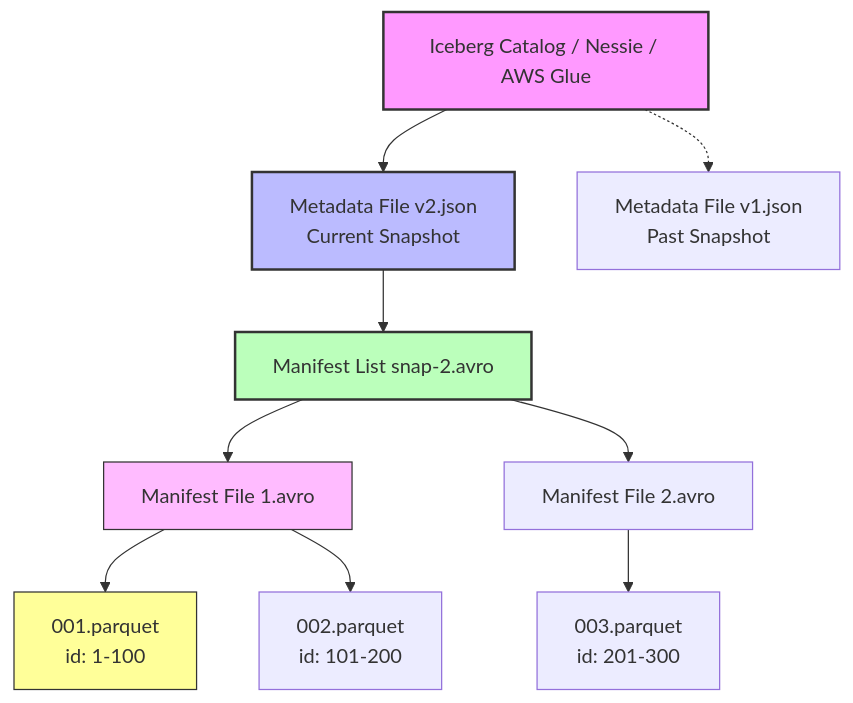
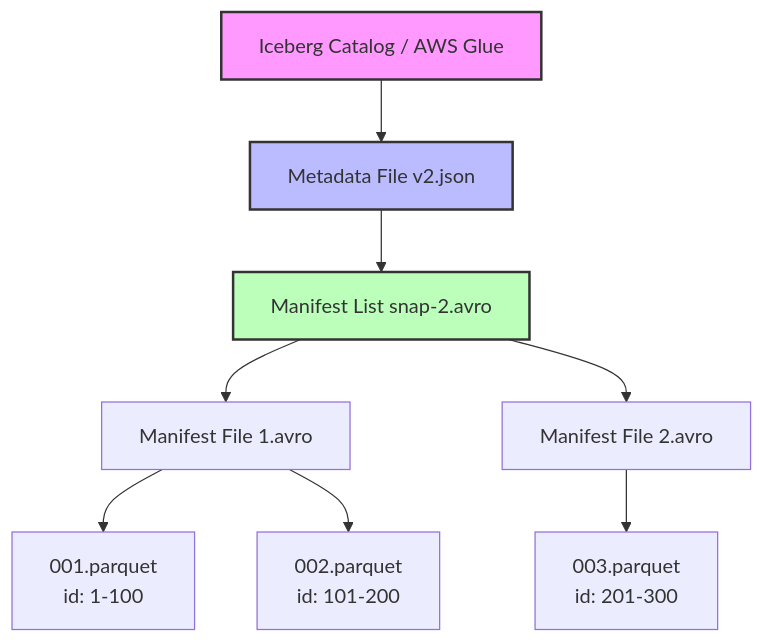
The first of 2 diagrams in src/content/docs/concepts/3-storage-engines-formats/lakehouse.md (kythuatdulieu/kythuatdulieu.github.io), drawn with Mermaid before and after one commit. The commit also changed other lines of this file and 228 other files, not shown here.

Commit message:
Fix syntax and rewrite 200+ concepts docs to deep-dive system architecture and add GA4 tracking to quiz app

````diff
--- a/src/content/docs/concepts/3-storage-engines-formats/lakehouse.md
+++ b/src/content/docs/concepts/3-storage-engines-formats/lakehouse.md
@@ -30,20 +29,17 @@
 ```mermaid
 graph TD
-    Catalog["Iceberg Catalog / Nessie / AWS Glue"] --> Meta2["Metadata File v2.json <br/> Current Snapshot"]
-    Catalog -.-> Meta1["Metadata File v1.json <br/> Past Snapshot"]
+    Catalog["Iceberg Catalog / AWS Glue"] --> Meta2["Metadata File v2.json"]
     
     Meta2 --> ML1["Manifest List snap-2.avro"]
     
     ML1 --> M1["Manifest File 1.avro"]
     ML1 --> M2["Manifest File 2.avro"]
     
     M1 --> D1["001.parquet <br/> id: 1-100"]
     M1 --> D2["002.parquet <br/> id: 101-200"]
     M2 --> D3["003.parquet <br/> id: 201-300"]
     
     style Catalog fill:#f9f,stroke:#333,stroke-width:2px
     style Meta2 fill:#bbf,stroke:#333,stroke-width:2px
     style ML1 fill:#bfb,stroke:#333,stroke-width:2px
-    style M1 fill:#fbf,stroke:#333,stroke-width:1px
-    style D1 fill:#ff9,stroke:#333,stroke-width:1px
 ```
````
